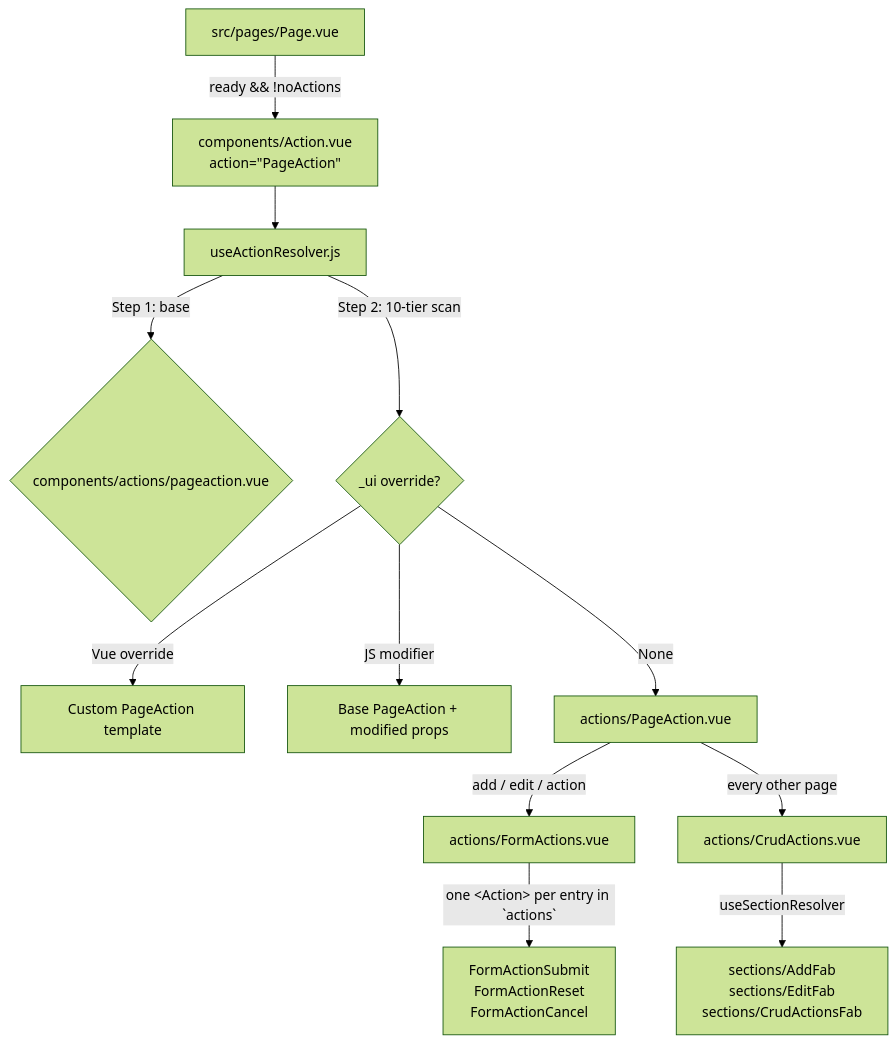
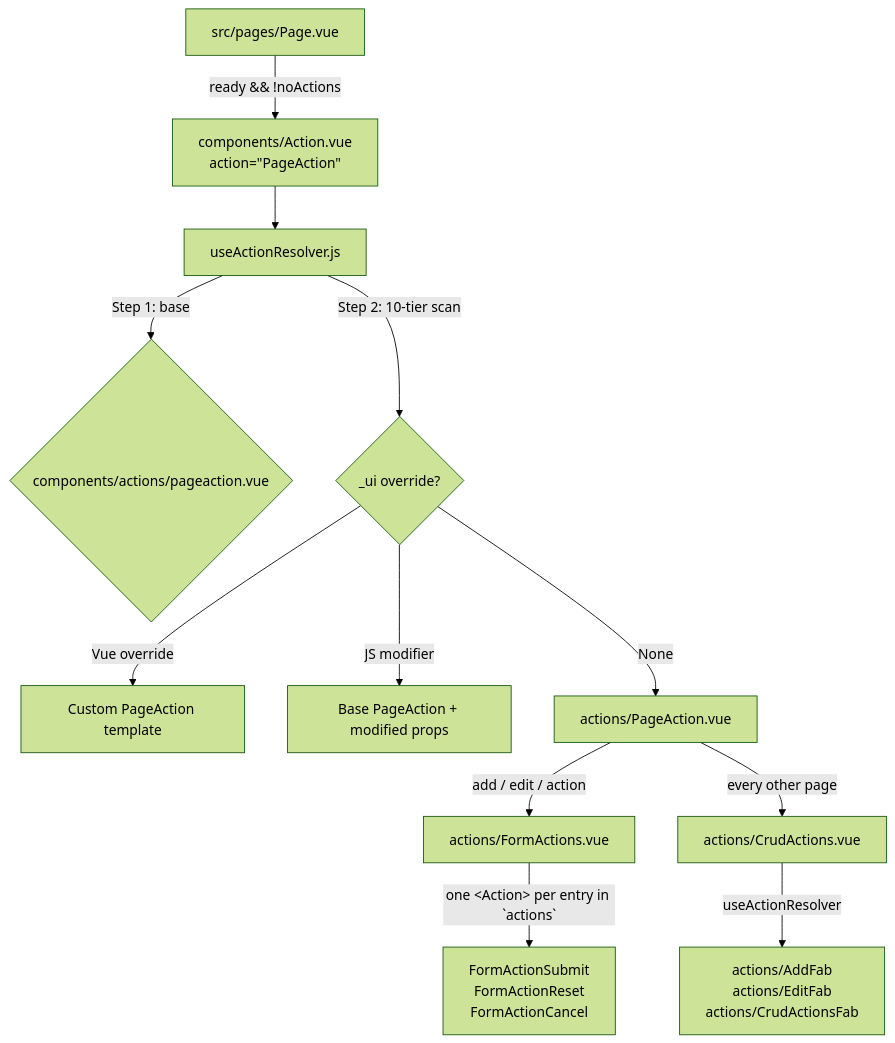
The diagram in Documents/AQL_ACTION_SYSTEM.md (firumon/little-leap-aql), drawn with Mermaid (forest theme) before and after one commit. The commit also changed other lines of this file and 4 other files, not shown here.

````diff
--- a/Documents/AQL_ACTION_SYSTEM.md
+++ b/Documents/AQL_ACTION_SYSTEM.md
@@ -19,17 +19,17 @@
 ```mermaid
 graph TD
     PageVue[src/pages/Page.vue] --> |ready && !noActions| ActionVue[components/Action.vue<br/>action=&quot;PageAction&quot;]
     ActionVue --> useActionResolver[useActionResolver.js]
     useActionResolver --> |Step 1: base| BaseScan{components/actions/pageaction.vue}
     useActionResolver --> |Step 2: 10-tier scan| OverrideScan{_ui override?}
 
     OverrideScan --> |Vue override| CustomPageAction[Custom PageAction template]
     OverrideScan --> |JS modifier| BaseWithProps[Base PageAction + modified props]
     OverrideScan --> |None| BasePageAction[actions/PageAction.vue]
 
     BasePageAction --> |add / edit / action| FormActions[actions/FormActions.vue]
     BasePageAction --> |every other page| CrudActions[actions/CrudActions.vue]
 
     FormActions --> |one &lt;Action&gt; per entry in `actions`| Buttons[FormActionSubmit<br/>FormActionReset<br/>FormActionCancel]
-    CrudActions --> |useSectionResolver| Fabs[sections/AddFab<br/>sections/EditFab<br/>sections/CrudActionsFab]
+    CrudActions --> |useActionResolver| Fabs[actions/AddFab<br/>actions/EditFab<br/>actions/CrudActionsFab]
 ```
````
